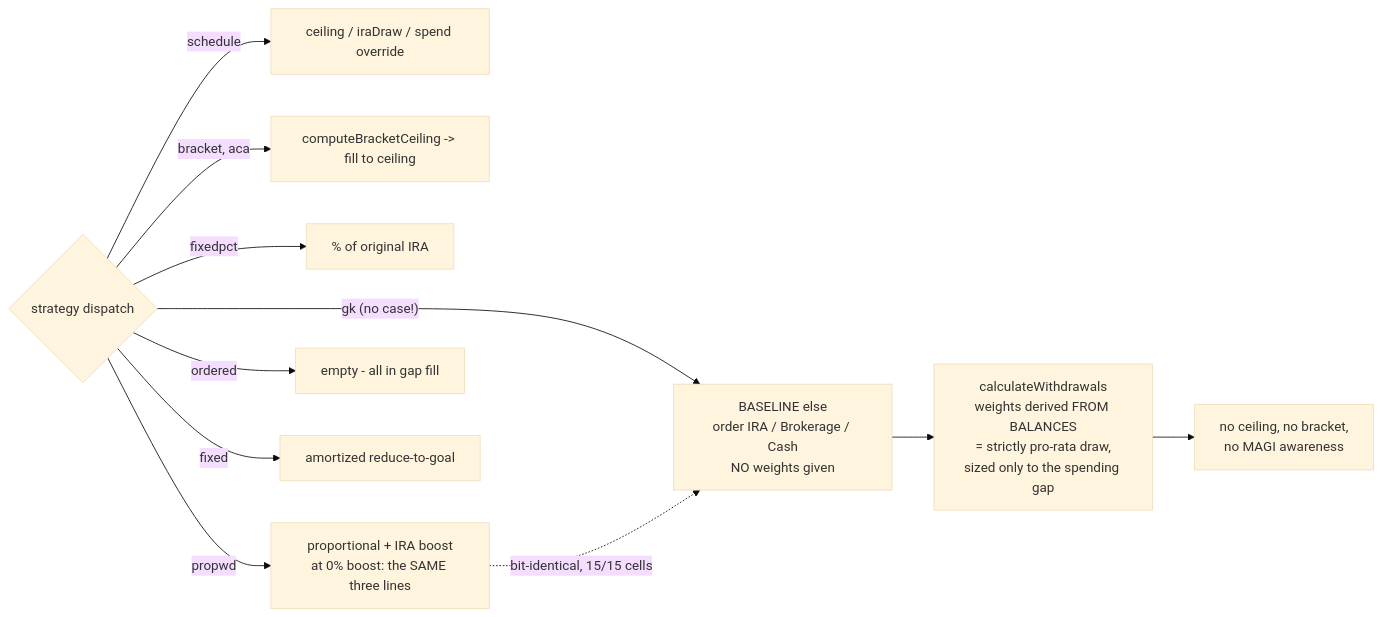
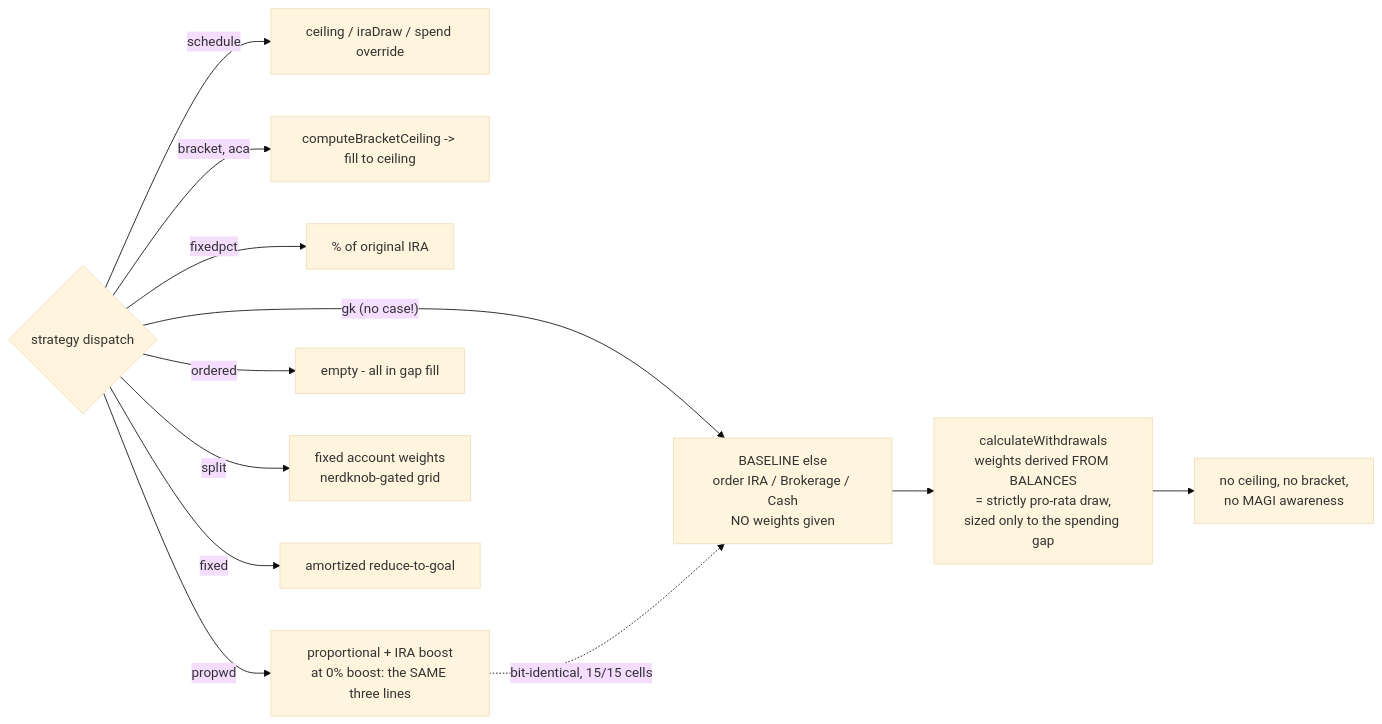
Before and after one commit to nightskyguy/retirement_assets: the fifth of 8 diagrams in ARCHITECTURE.md, drawn with Mermaid (base theme). The commit also changed other lines of this file and 7 other files, not shown here.

First line of the commit message:
feat(optimizer): Fixed Split withdrawal family, behind ?nerdknob=split

````diff
--- a/ARCHITECTURE.md
+++ b/ARCHITECTURE.md
@@ -234,13 +234,14 @@
 ```mermaid
 flowchart LR
     D{"strategy dispatch"} -->|schedule| S1["ceiling / iraDraw / spend override"]
     D -->|bracket, aca| S2["computeBracketCeiling -> fill to ceiling"]
     D -->|fixedpct| S3["% of original IRA"]
     D -->|propwd| S4["proportional + IRA boost<br/>at 0% boost: the SAME three lines"]
     D -->|ordered| S5["empty - all in gap fill"]
+    D -->|split| S7["fixed account weights<br/>nerdknob-gated grid"]
     D -->|fixed| S6["amortized reduce-to-goal"]
     D -->|"gk (no case!)"| BASE["BASELINE else<br/>order IRA / Brokerage / Cash<br/>NO weights given"]
     BASE --> CW["calculateWithdrawals<br/>weights derived FROM BALANCES<br/>= strictly pro-rata draw,<br/>sized only to the spending gap"]
     CW --> NB["no ceiling, no bracket,<br/>no MAGI awareness"]
     S4 -.->|"bit-identical, 15/15 cells"| BASE
 ```
````
